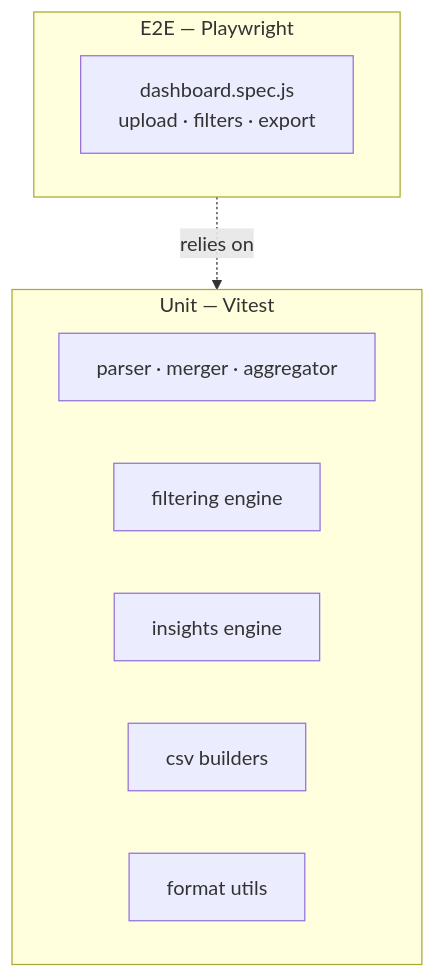
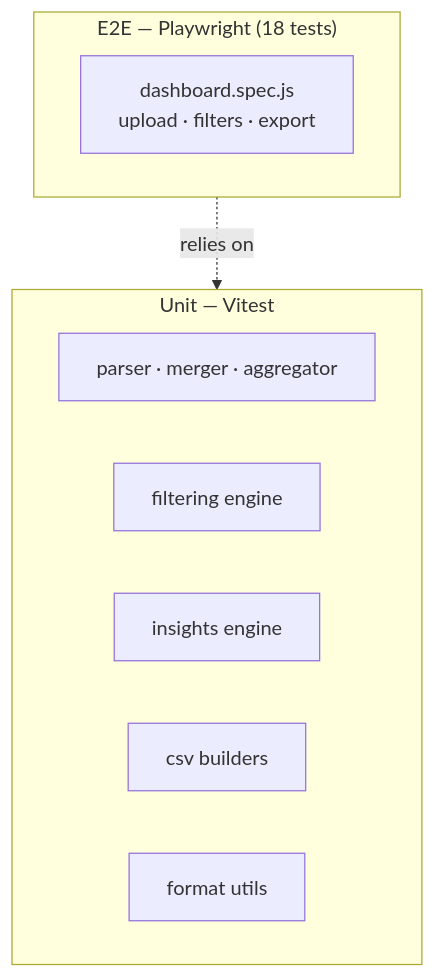
The diagram in docs/testing.md (kinncj/GitHub-Copilot-Enterprise-Dashboard), drawn with Mermaid before and after one commit. The commit also changed other lines of this file and 4 other files, not shown here.

````diff
--- a/docs/testing.md
+++ b/docs/testing.md
@@ -63,16 +63,16 @@
 ```mermaid
 graph TD
-    subgraph E2E["E2E — Playwright"]
+    subgraph E2E["E2E — Playwright (18 tests)"]
         E[dashboard.spec.js\nupload · filters · export]
     end
 
     subgraph Unit["Unit — Vitest"]
         U1[parser · merger · aggregator]
         U2[filtering engine]
         U3[insights engine]
         U4[csv builders]
         U5[format utils]
     end
 
     E2E -.->|"relies on"| Unit
 ```
````
